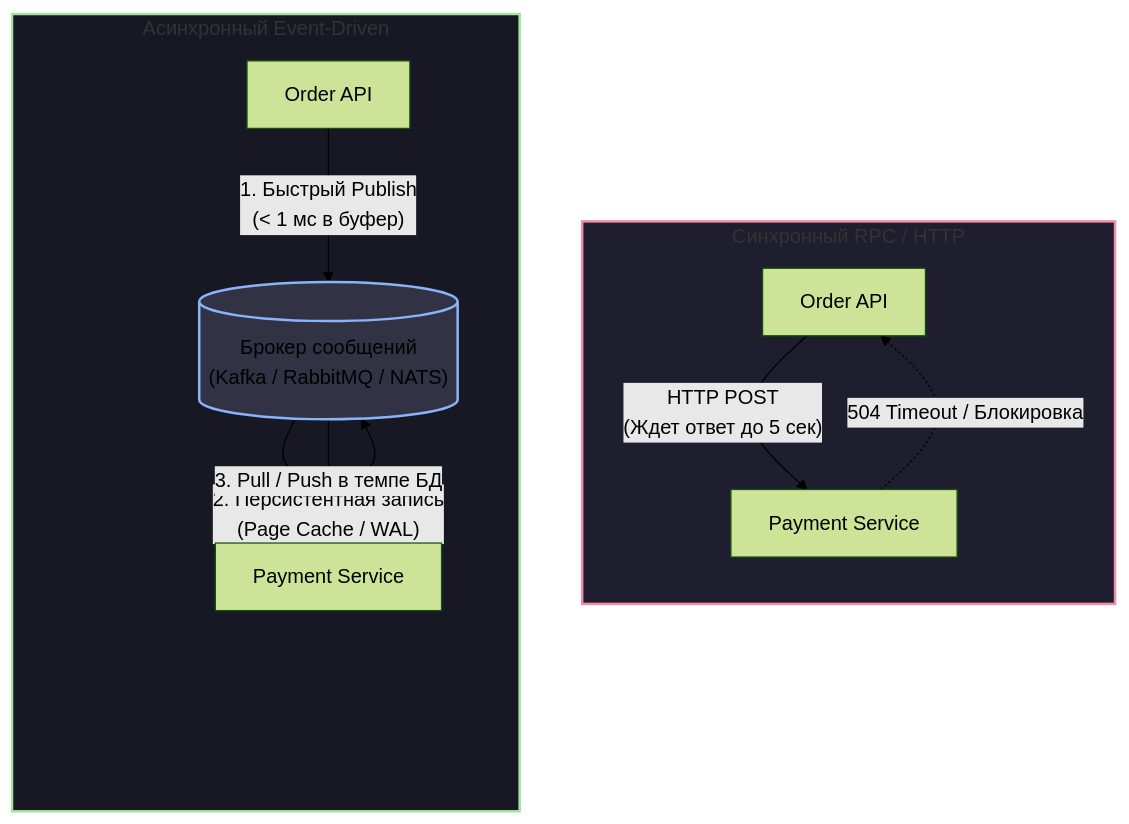
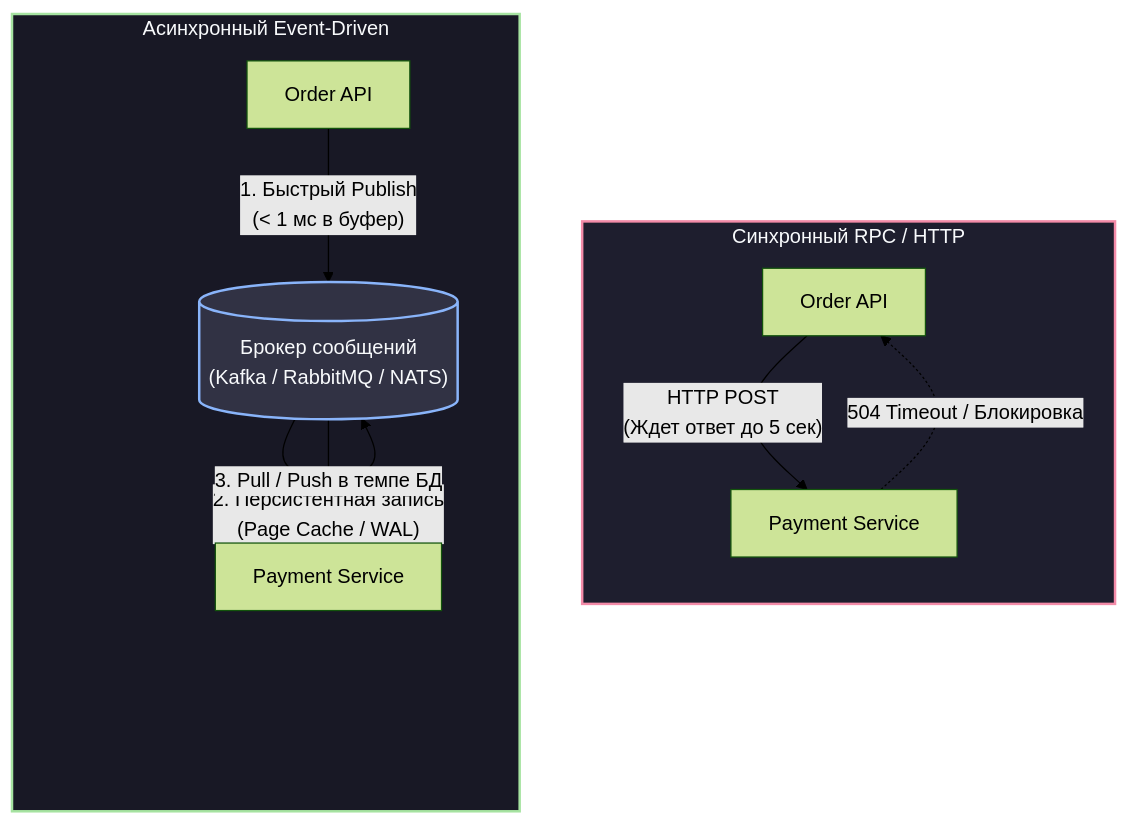
One commit to UnrealTemplier/go-textbook changed the second of 2 diagrams in sources/13. Очереди, брокеры сообщений и оркестраторы/01. Фундамент асинхронности/2. Синхронное vs асинхронное взаимодействие.md. Above: the diagram before and after it, drawn with Mermaid (forest theme). The commit also changed 310 other files, not shown here.

First line of the commit message:
fix(mermaid): replace light fill colors with dark palette for readability on dark theme

````diff
--- a/sources/13. Очереди, брокеры сообщений и оркестраторы/01. Фундамент асинхронности/2. Синхронное vs асинхронное взаимодействие.md
+++ b/sources/13. Очереди, брокеры сообщений и оркестраторы/01. Фундамент асинхронности/2. Синхронное vs асинхронное взаимодействие.md
@@ -137,19 +137,19 @@
 ```mermaid
 flowchart TD
     subgraph Sync["Синхронный RPC / HTTP"]
         direction TB
         C1["Order API"] -->|"HTTP POST<br>(Ждет ответ до 5 сек)"| S1["Payment Service"]
         S1 -.->|"504 Timeout / Блокировка"| C1
     end
 
     subgraph Async["Асинхронный Event-Driven"]
         direction TB
         C2["Order API"] -->|"1. Быстрый Publish<br>(< 1 мс в буфер)"| B[("Брокер сообщений<br>(Kafka / RabbitMQ / NATS)")]
         B -->|"2. Персистентная запись<br>(Page Cache / WAL)"| B
         B -->|"3. Pull / Push в темпе БД"| S2["Payment Service"]
     end
 
-    style Sync fill:#1e1e2e,stroke:#f38ba8,stroke-width:2px
-    style Async fill:#181825,stroke:#a6e3a1,stroke-width:2px
-    style B fill:#313244,stroke:#89b4fa,stroke-width:2px
+    style Sync fill:#1e1e2e,stroke:#f38ba8,stroke-width:2px,color:#f8fafc
+    style Async fill:#181825,stroke:#a6e3a1,stroke-width:2px,color:#f8fafc
+    style B fill:#313244,stroke:#89b4fa,stroke-width:2px,color:#f8fafc
 ```
````
